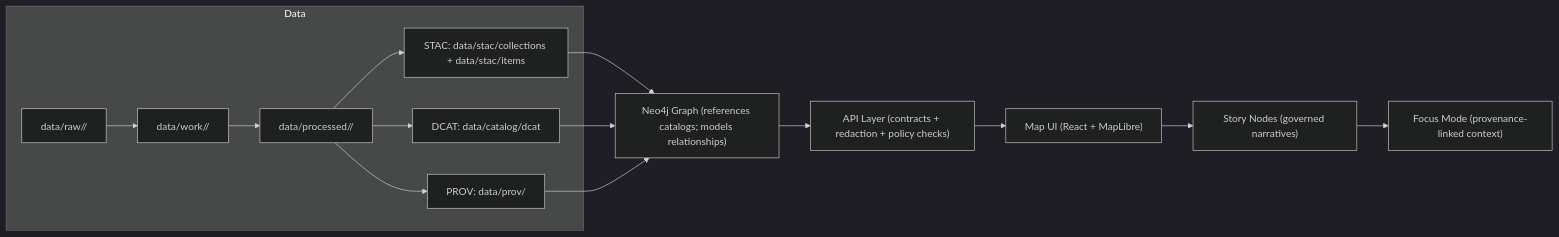
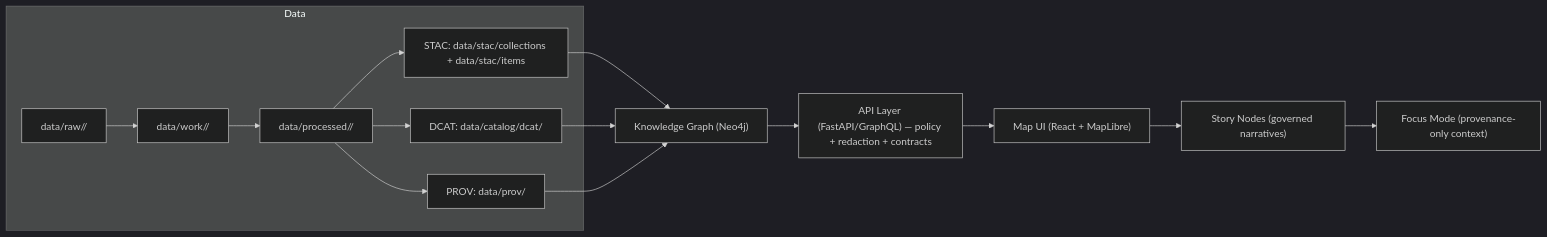
The first of 3 diagrams in .github/README.md (bartytime4life/Kansas-Frontier-Matrix), drawn with Mermaid (dark theme) before and after one commit. The commit also changed other lines of this file, not shown here.

````diff
--- a/.github/README.md
+++ b/.github/README.md
@@ -108,19 +133,19 @@
 ```mermaid
 flowchart LR
   subgraph Data
     A["data/raw/<domain>/"] --> B["data/work/<domain>/"]
     B --> C["data/processed/<domain>/"]
     C --> S["STAC: data/stac/collections + data/stac/items"]
-    C --> D["DCAT: data/catalog/dcat"]
+    C --> D["DCAT: data/catalog/dcat/"]
     C --> P["PROV: data/prov/"]
   end
 
-  S --> G["Neo4j Graph (references catalogs; models relationships)"]
+  S --> G["Knowledge Graph (Neo4j)"]
   D --> G
   P --> G
 
-  G --> H["API Layer (contracts + redaction + policy checks)"]
+  G --> H["API Layer (FastAPI/GraphQL) — policy + redaction + contracts"]
   H --> I["Map UI (React + MapLibre)"]
   I --> J["Story Nodes (governed narratives)"]
-  J --> K["Focus Mode (provenance-linked context)"]
+  J --> K["Focus Mode (provenance-only context)"]
 ```
````
